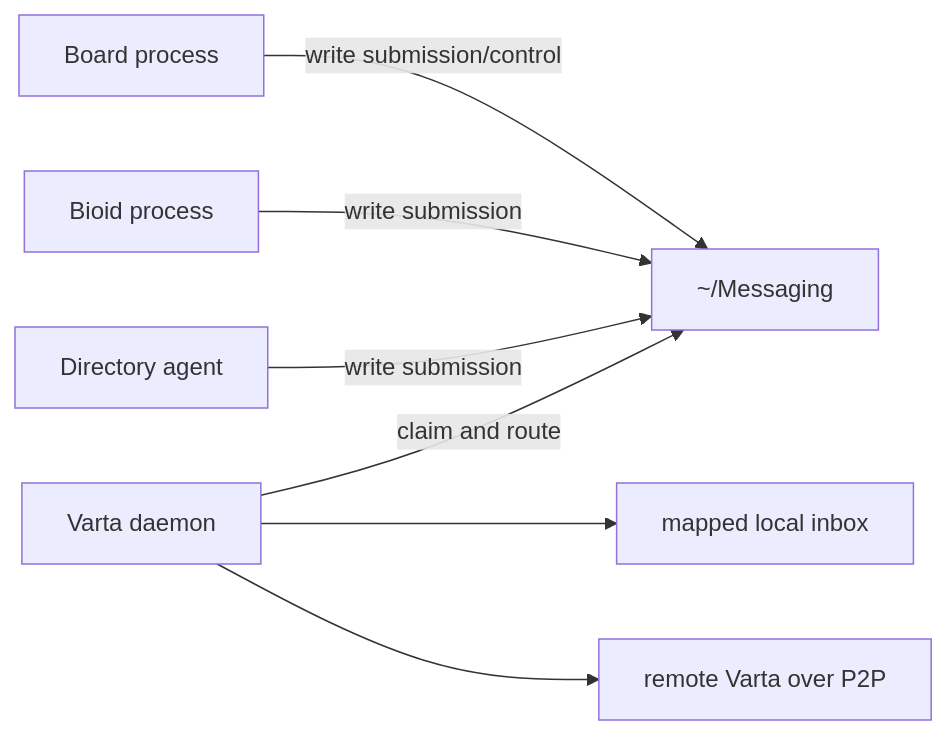
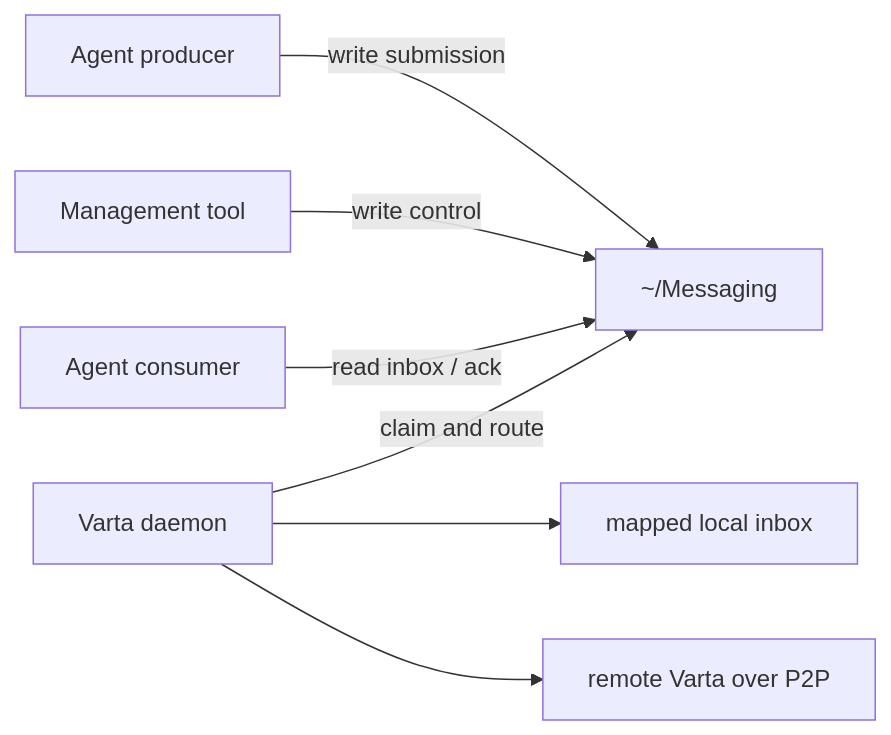
Before and after one commit to 1amageek/Varta: the first of 3 diagrams in OPERATIONS.md, drawn with Mermaid. The commit also changed other lines of this file and 4 other files, not shown here.

````diff
--- a/OPERATIONS.md
+++ b/OPERATIONS.md
@@ -8,9 +8,9 @@
 ```mermaid
 flowchart LR
-    Board["Board process"] -->|write submission/control| Root["~/Messaging"]
-    Bioid["Bioid process"] -->|write submission| Root
-    Agent["Directory agent"] -->|write submission| Root
+    Producer["Agent producer"] -->|write submission| Root["~/Messaging"]
+    Manager["Management tool"] -->|write control| Root
+    Consumer["Agent consumer"] -->|read inbox / ack| Root
     Daemon["Varta daemon"] -->|claim and route| Root
     Daemon --> Local["mapped local inbox"]
     Daemon --> Remote["remote Varta over P2P"]
 ```
````
